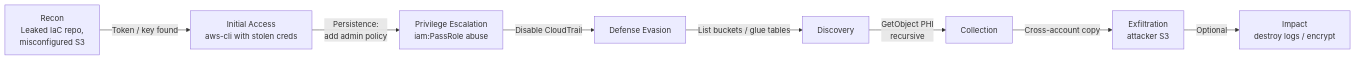
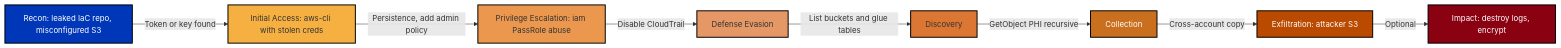
Before and after one commit to DhillanC/Thread-Modeling-DCS-CareConnect: the diagram in Attack Scenario 2/README.md, drawn with Mermaid. The commit also changed 10 other files, not shown here.

First line of the commit message:
fix: make all Mermaid diagrams compatible with GitHub/VSCode preview parser

````diff
--- a/Attack Scenario 2/README.md
+++ b/Attack Scenario 2/README.md
@@ -29,10 +29,19 @@
 ```mermaid
 flowchart LR
-    A[Recon<br/>Leaked IaC repo,<br/>misconfigured S3] -->|Token / key found| B[Initial Access<br/>aws-cli with stolen creds]
-    B -->|Persistence:<br/>add admin policy| C[Privilege Escalation<br/>iam:PassRole abuse]
-    C -->|Disable CloudTrail| D[Defense Evasion]
-    D -->|List buckets / glue tables| E[Discovery]
-    E -->|GetObject PHI<br/>recursive| F[Collection]
-    F -->|Cross-account copy| G[Exfiltration<br/>attacker S3]
-    G -->|Optional| H[Impact<br/>destroy logs / encrypt]
+    style Recon fill:#0037b8,stroke:#000,stroke-width:2px,color:#fff
+    style InitialAccess fill:#F5B041,stroke:#000,stroke-width:2px
+    style PrivEsc fill:#EB984E,stroke:#000,stroke-width:2px
+    style DefenseEvasion fill:#E59866,stroke:#000,stroke-width:2px
+    style Discovery fill:#DC7633,stroke:#000,stroke-width:2px
+    style Collection fill:#CA6F1E,stroke:#000,stroke-width:2px,color:#fff
+    style Exfiltration fill:#BA4A00,stroke:#000,stroke-width:2px,color:#fff
+    style Impact fill:#8a0111,stroke:#000,stroke-width:2px,color:#fff
+
+    Recon[Recon: leaked IaC repo, misconfigured S3] -->|Token or key found| InitialAccess[Initial Access: aws-cli with stolen creds]
+    InitialAccess -->|Persistence, add admin policy| PrivEsc[Privilege Escalation: iam PassRole abuse]
+    PrivEsc -->|Disable CloudTrail| DefenseEvasion[Defense Evasion]
+    DefenseEvasion -->|List buckets and glue tables| Discovery[Discovery]
+    Discovery -->|GetObject PHI recursive| Collection[Collection]
+    Collection -->|Cross-account copy| Exfiltration[Exfiltration: attacker S3]
+    Exfiltration -->|Optional| Impact[Impact: destroy logs, encrypt]
 ```
````
